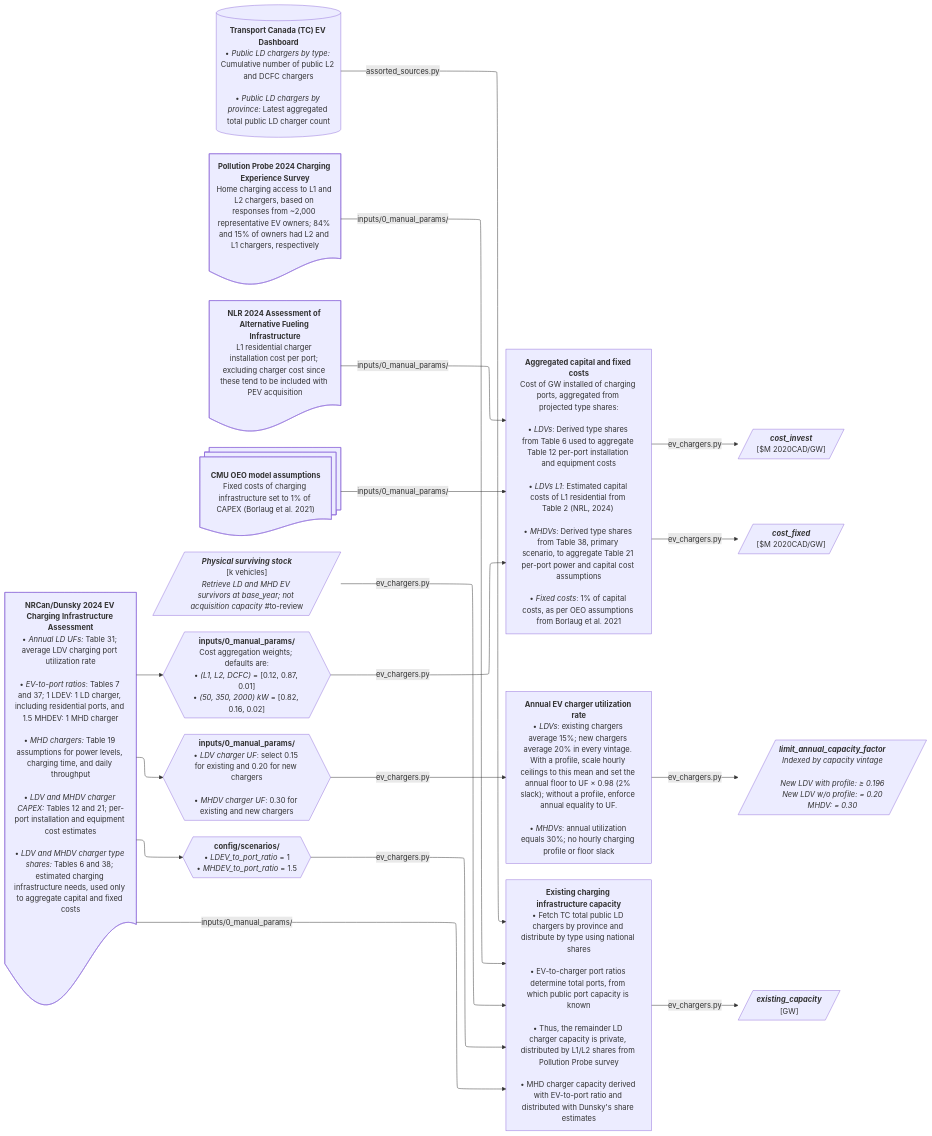
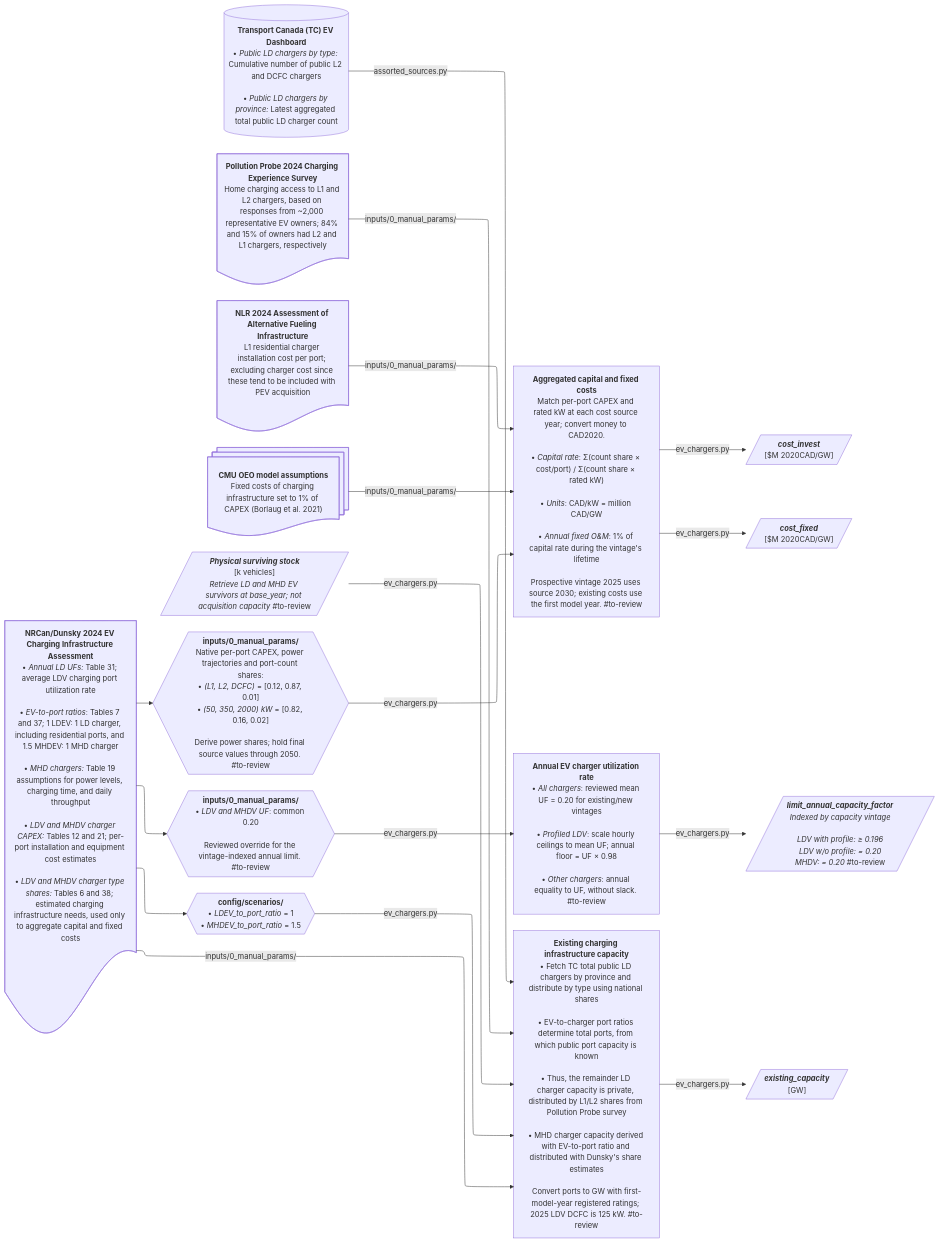
One commit to CANOE-main/canoe-transportation changed the tenth of 12 diagrams in docs/etl_flowcharts.md. Above: the diagram before and after it, drawn with Mermaid. The commit also changed other lines of this file and 27 other files, not shown here.

First line of the commit message:
Refactor transportation research validation and enhance charger cost tests

```diff
--- a/docs/etl_flowcharts.md
+++ b/docs/etl_flowcharts.md
@@ -919,16 +919,16 @@
 
   %% ############ Processes ###########
   p0["`**Aggregated capital and fixed costs**
-    Cost of GW installed of charging ports, aggregated from projected type shares:<br>
-    • *LDVs*: Derived type shares from Table 6 used to aggregate Table 12 per-port installation and equipment costs<br>
-    • *LDVs L1*: Estimated capital costs of L1 residential from Table 2 (NRL, 2024) <br>
-    • *MHDVs*: Derived type shares from Table 38, primary scenario, to aggregate Table 21 per-port power and capital cost assumptions<br>
-    • *Fixed costs*: 1% of capital costs, as per OEO assumptions from Borlaug et al. 2021
-    `"]
+    Match per-port CAPEX and rated kW at each cost source year; convert money to CAD2020.<br>
+    • *Capital rate*: Σ(count share × cost/port) / Σ(count share × rated kW)<br>
+    • *Units*: CAD/kW = million CAD/GW<br>
+    • *Annual fixed O&M*: 1% of capital rate during the vintage's lifetime<br>
+    Prospective vintage 2025 uses source 2030; existing costs use the first model year. #to-review`"]
   p0_2@{shape: hex, label: "**inputs/0_manual_params/**
-    Cost aggregation weights; defaults are:
+    Native per-port CAPEX, power trajectories and port-count shares:
     • *(L1, L2, DCFC)* = [0.12, 0.87, 0.01]
-    • *(50, 350, 2000) kW* = [0.82, 0.16, 0.02]"}
+    • *(50, 350, 2000) kW* = [0.82, 0.16, 0.02]<br>
+    Derive power shares; hold final source values through 2050. #to-review"}
   s4 & s5 -- inputs/0_manual_params/ --> p0
   s1 --> p0_2 -- ev_chargers.py --> p0
   p0 -- ev_chargers.py --> o0 & o0_2
@@ -938,23 +938,25 @@
     [$M 2020CAD/GW]`"/]
 
   p1["`**Annual EV charger utilization rate**
-    • *LDVs*: existing chargers average 15%; new chargers average 20% in every vintage. With a profile, scale hourly ceilings to this mean and set the annual floor to UF × 0.98 (2% slack); without a profile, enforce annual equality to UF.<br>
-    • *MHDVs*: annual utilization equals 30%; no hourly charging profile or floor slack`"]
+    • *All chargers*: reviewed mean UF = 0.20 for existing/new vintages<br>
+    • *Profiled LDV*: scale hourly ceilings to mean UF; annual floor = UF × 0.98<br>
+    • *Other chargers*: annual equality to UF, without slack. #to-review`"]
   p1_2@{shape: hex, label: "**inputs/0_manual_params/**
-    • *LDV charger UF*: select 0.15 for existing and 0.20 for new chargers<br>
-    • *MHDV charger UF*: 0.30 for existing and new chargers"}
+    • *LDV and MHDV UF*: common 0.20<br>
+    Reviewed override for the vintage-indexed annual limit. #to-review"}
   s1 --> p1_2 -- ev_chargers.py --> p1
   p1 -- ev_chargers.py --> o1[/"`***limit_annual_capacity_factor***
     *Indexed by capacity vintage*<br>
-    *New LDV with profile: ≥ 0.196*
-    *New LDV w/o profile: = 0.20*
-    *MHDV: = 0.30*`"/]
+    *LDV with profile: ≥ 0.196*
+    *LDV w/o profile: = 0.20*
+    *MHDV: = 0.20* #to-review`"/]
 
   p2["`**Existing charging infrastructure capacity**
     • Fetch TC total public LD chargers by province and distribute by type using national shares<br>
     • EV-to-charger port ratios determine total ports, from which public port capacity is known<br>
     • Thus, the remainder LD charger capacity is private, distributed by L1/L2 shares from Pollution Probe survey<br>
-    • MHD charger capacity derived with EV-to-port ratio and distributed with Dunsky's share estimates`"]
+    • MHD charger capacity derived with EV-to-port ratio and distributed with Dunsky's share estimates<br>
+    Convert ports to GW with first-model-year registered ratings; 2025 LDV DCFC is 125 kW. #to-review`"]
   p2_2@{shape: hex, label: "**config/scenarios/**
     • *LDEV_to_port_ratio* = 1
     • *MHDEV_to_port_ratio* = 1.5"}
```
